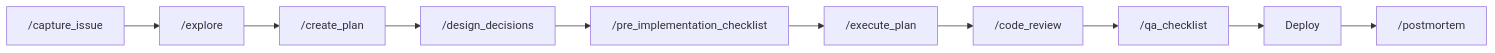
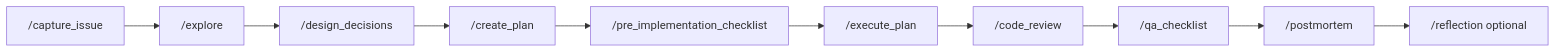
Before and after one commit to Leftyshields/project-genesis: the diagram in docs/WORKFLOW_COURSE.md, drawn with Mermaid. The commit also changed other lines of this file and 19 other files, not shown here.

````diff
--- a/docs/WORKFLOW_COURSE.md
+++ b/docs/WORKFLOW_COURSE.md
@@ -18,12 +18,12 @@
 ```mermaid
 flowchart LR
   A["/capture_issue"] --> B["/explore"]
-  B --> C["/create_plan"]
-  C --> D["/design_decisions"]
+  B --> C["/design_decisions"]
+  C --> D["/create_plan"]
   D --> E["/pre_implementation_checklist"]
   E --> F["/execute_plan"]
   F --> G["/code_review"]
   G --> H["/qa_checklist"]
-  H --> I["Deploy"]
-  I --> J["/postmortem"]
+  H --> I["/postmortem"]
+  I --> J["/reflection optional"]
 ```
````
